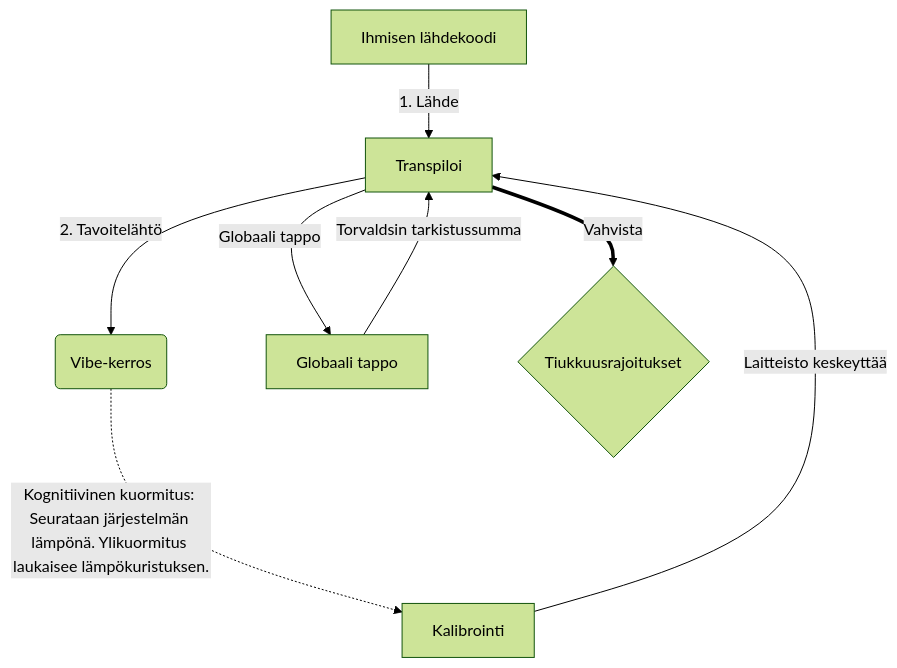
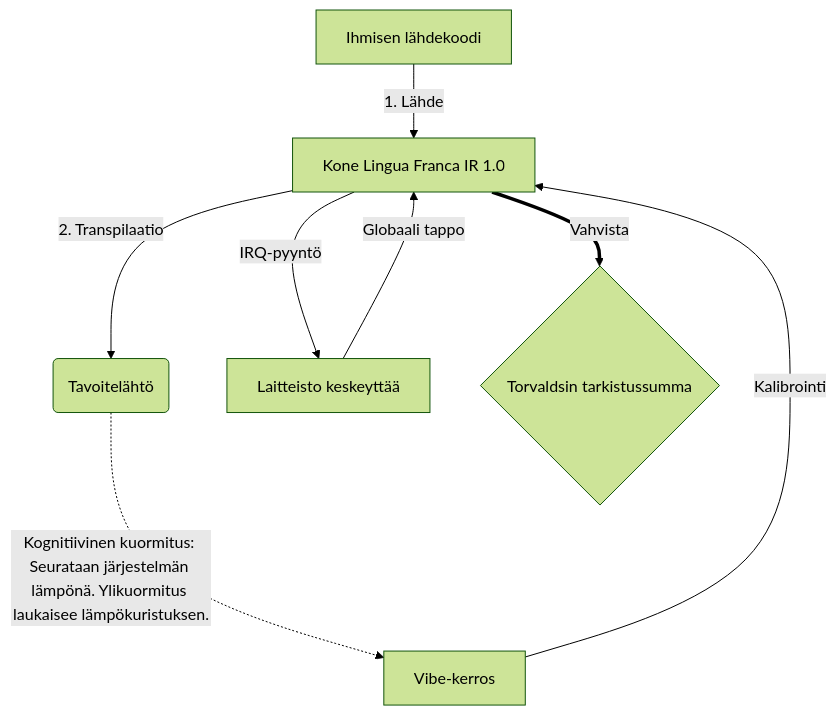
Before and after one commit to 0compute/machine: the diagram in README.hacker.fi.md, drawn with Mermaid (forest theme). The commit also changed other lines of this file and 103 other files, not shown here.

````diff
--- a/README.hacker.fi.md
+++ b/README.hacker.fi.md
@@ -93,10 +93,10 @@
 ```mermaid
 graph TD
-    A[Ihmisen lähdekoodi] -->|1. Lähde| B[Transpiloi]
-    B -->|2. Tavoitelähtö| C(Vibe-kerros)
-    C -.->|Kognitiivinen kuormitus: Seurataan järjestelmän lämpönä. Ylikuormitus laukaisee lämpökuristuksen.| G[Kalibrointi]
-    G -->|Laitteisto keskeyttää| B
-    B -->|Globaali tappo| H[Globaali tappo]
-    H -->|Torvaldsin tarkistussumma| B
-    B == Vahvista ==> I{Tiukkuusrajoitukset}
+    A[Ihmisen lähdekoodi] -->|1. Lähde| B[Kone Lingua Franca IR 1.0]
+    B -->|2. Transpilaatio| C(Tavoitelähtö)
+    C -.->|Kognitiivinen kuormitus: Seurataan järjestelmän lämpönä. Ylikuormitus laukaisee lämpökuristuksen.| G[Vibe-kerros]
+    G -->|Kalibrointi| B
+    B -->|IRQ-pyyntö| H[Laitteisto keskeyttää]
+    H -->|Globaali tappo| B
+    B == Vahvista ==> I{Torvaldsin tarkistussumma}
 ```
````
